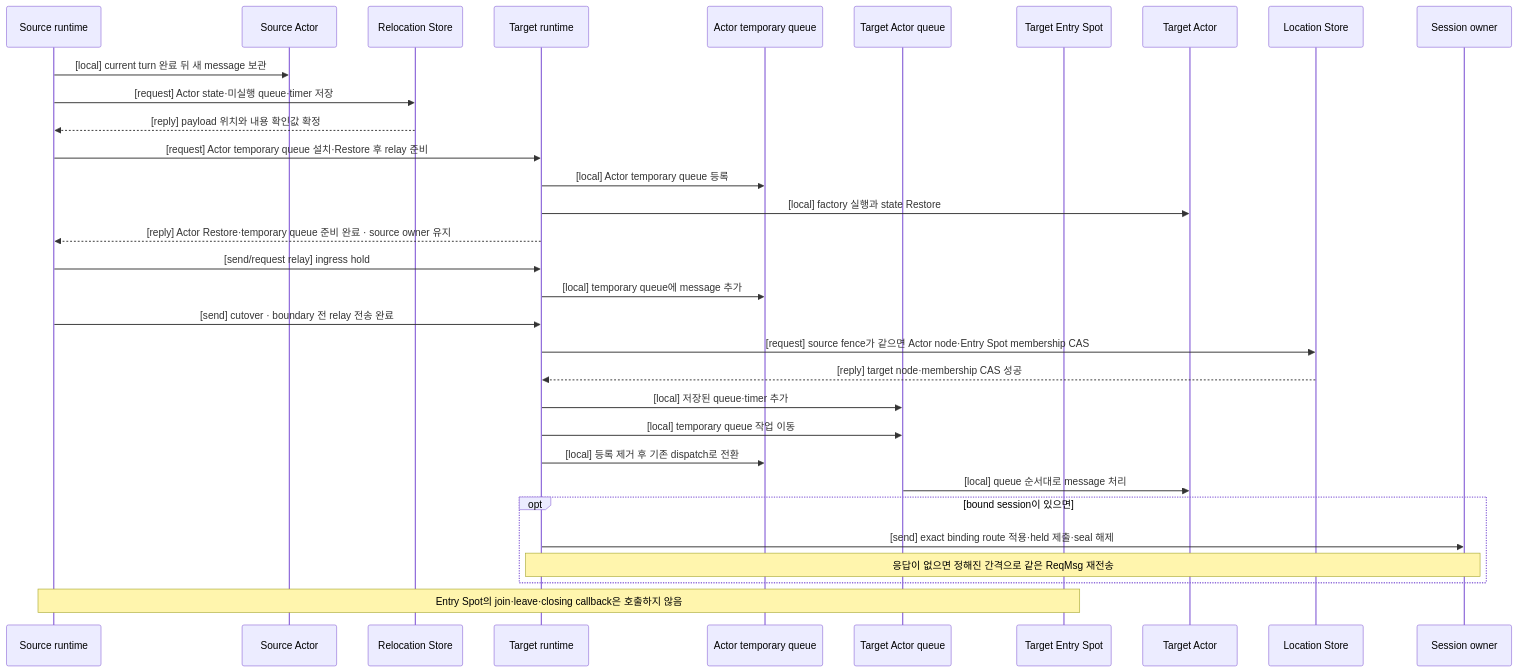
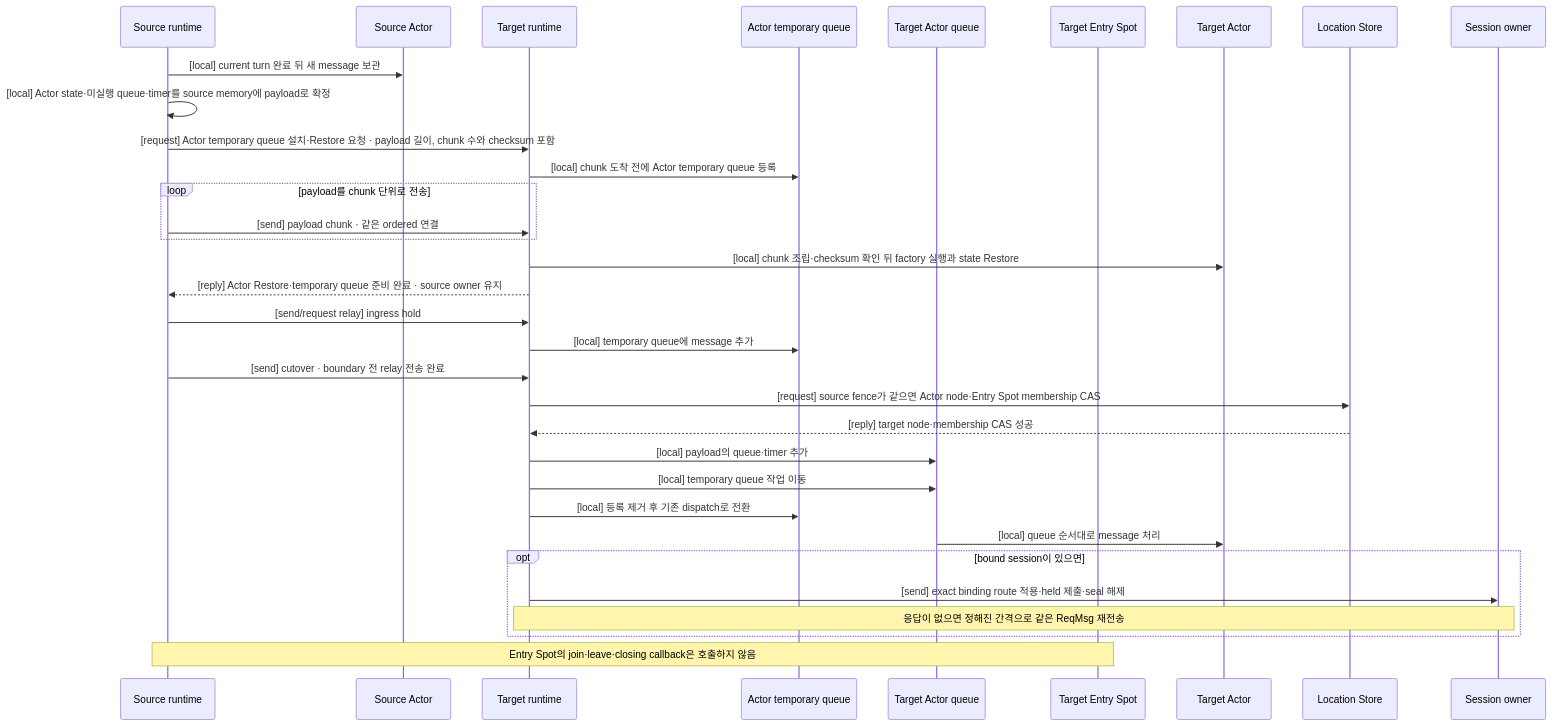
One commit to zlink-systems/zlink changed the fifth of 8 diagrams in framework/doc/framework/common/spec/server/30-host-relocation-flow.ko.md. Above: the diagram before and after it, drawn with Mermaid. The commit also changed other lines of this file and 145 other files, not shown here.

````diff
--- a/framework/doc/framework/common/spec/server/30-host-relocation-flow.ko.md
+++ b/framework/doc/framework/common/spec/server/30-host-relocation-flow.ko.md
@@ -599,35 +667,36 @@
 ```mermaid
 sequenceDiagram
     participant SourceRuntime as Source runtime
     participant SourceActor as Source Actor
-    participant RelocationStore as Relocation Store
     participant TargetRuntime as Target runtime
     participant TargetTemp as Actor temporary queue
     participant TargetQueue as Target Actor queue
     participant TargetEntry as Target Entry Spot
     participant TargetActor as Target Actor
     participant LocationStore as Location Store
     participant SessionOwner as Session owner
 
     SourceRuntime->>SourceActor: [local] current turn 완료 뒤 새 message 보관
-    SourceRuntime->>RelocationStore: [request] Actor state·미실행 queue·timer 저장
-    RelocationStore-->>SourceRuntime: [reply] payload 위치와 내용 확인값 확정
-    SourceRuntime->>TargetRuntime: [request] Actor temporary queue 설치·Restore 후 relay 준비
-    TargetRuntime->>TargetTemp: [local] Actor temporary queue 등록
-    TargetRuntime->>TargetActor: [local] factory 실행과 state Restore
+    SourceRuntime->>SourceRuntime: [local] Actor state·미실행 queue·timer를 source memory에 payload로 확정
+    SourceRuntime->>TargetRuntime: [request] Actor temporary queue 설치·Restore 요청 · payload 길이, chunk 수와 checksum 포함
+    TargetRuntime->>TargetTemp: [local] chunk 도착 전에 Actor temporary queue 등록
+    loop payload를 chunk 단위로 전송
+        SourceRuntime->>TargetRuntime: [send] payload chunk · 같은 ordered 연결
+    end
+    TargetRuntime->>TargetActor: [local] chunk 조립·checksum 확인 뒤 factory 실행과 state Restore
     TargetRuntime-->>SourceRuntime: [reply] Actor Restore·temporary queue 준비 완료 · source owner 유지
     SourceRuntime->>TargetRuntime: [send/request relay] ingress hold
     TargetRuntime->>TargetTemp: [local] temporary queue에 message 추가
     SourceRuntime->>TargetRuntime: [send] cutover · boundary 전 relay 전송 완료
     TargetRuntime->>LocationStore: [request] source fence가 같으면 Actor node·Entry Spot membership CAS
     LocationStore-->>TargetRuntime: [reply] target node·membership CAS 성공
-    TargetRuntime->>TargetQueue: [local] 저장된 queue·timer 추가
+    TargetRuntime->>TargetQueue: [local] payload의 queue·timer 추가
     TargetRuntime->>TargetQueue: [local] temporary queue 작업 이동
     TargetRuntime->>TargetTemp: [local] 등록 제거 후 기존 dispatch로 전환
     TargetQueue->>TargetActor: [local] queue 순서대로 message 처리
     opt bound session이 있으면
         TargetRuntime->>SessionOwner: [send] exact binding route 적용·held 제출·seal 해제
         Note over TargetRuntime,SessionOwner: 응답이 없으면 정해진 간격으로 같은 ReqMsg 재전송
     end
     Note over SourceRuntime,TargetEntry: Entry Spot의 join·leave·closing callback은 호출하지 않음
 ```
````
